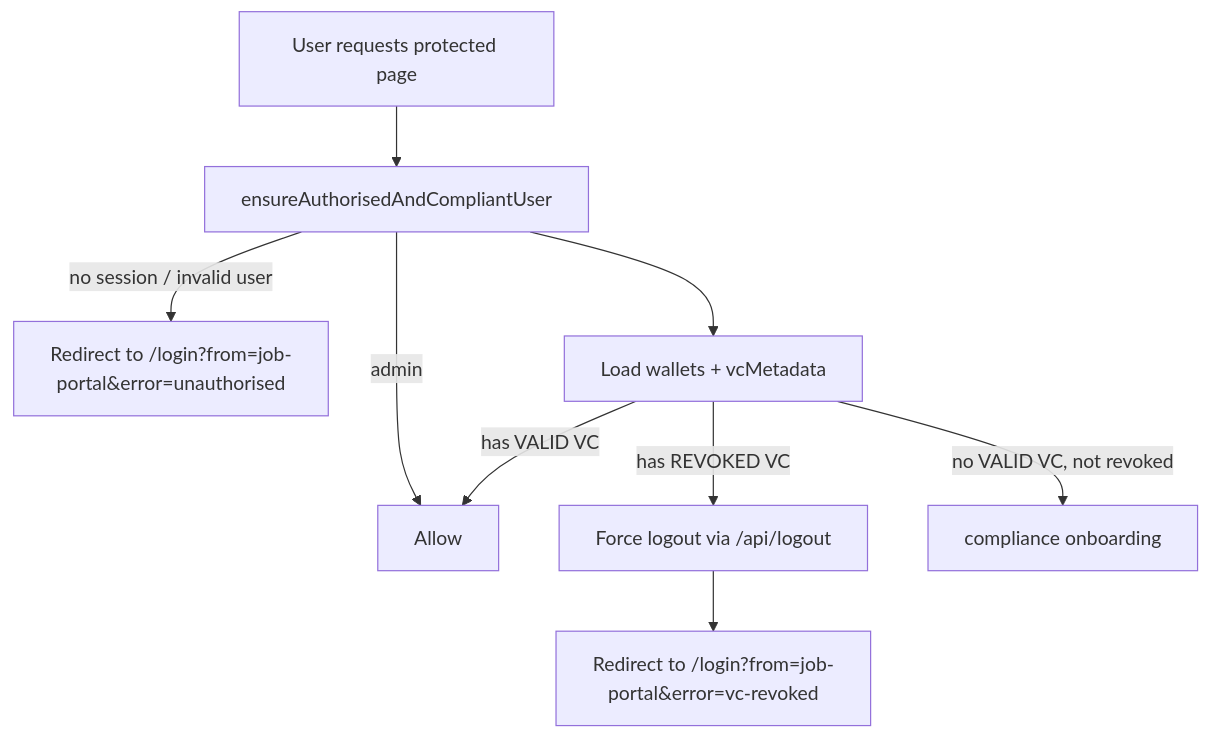
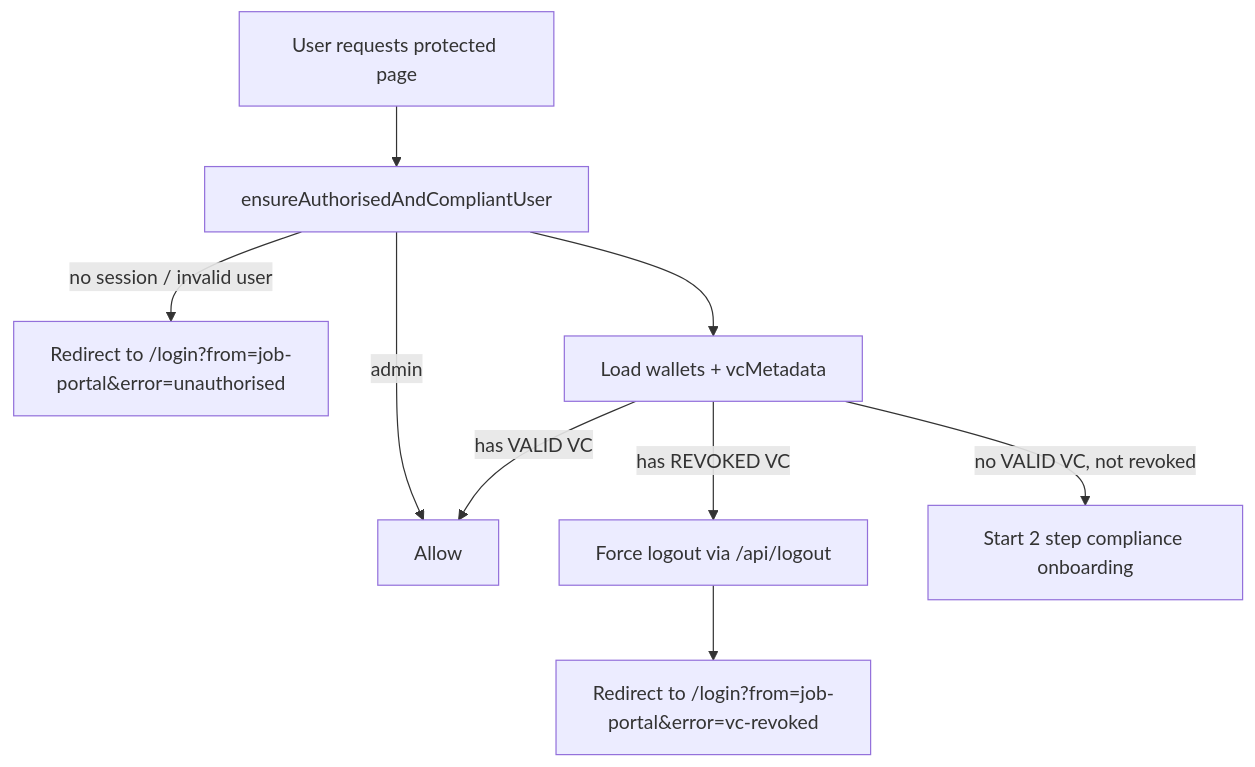
One commit to neozhixuan/fr33 changed the second of 8 diagrams in README.md. Above: the diagram before and after it, drawn with Mermaid. The commit also changed other lines of this file, not shown here.

````diff
--- a/README.md
+++ b/README.md
@@ -60,11 +60,11 @@
 ```mermaid
 flowchart TD
     A[User requests protected page] --> B[ensureAuthorisedAndCompliantUser]
     B -->|no session / invalid user| L[Redirect to /login?from=job-portal&error=unauthorised]
     B -->|admin| OK[Allow]
     B --> C[Load wallets + vcMetadata]
     C -->|has REVOKED VC| R[Force logout via /api/logout]
     R --> RL[Redirect to /login?from=job-portal&error=vc-revoked]
-    C -->|no VALID VC, not revoked| K[compliance onboarding]
+    C -->|no VALID VC, not revoked| K[Start 2 step compliance onboarding]
     C -->|has VALID VC| OK
 ```
````
